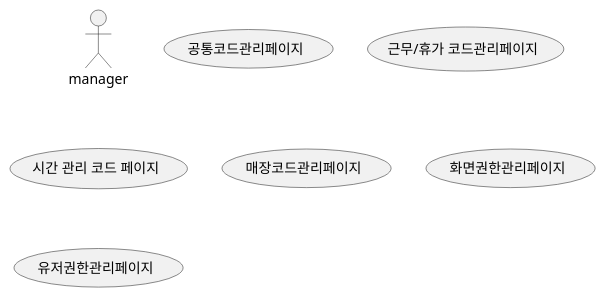
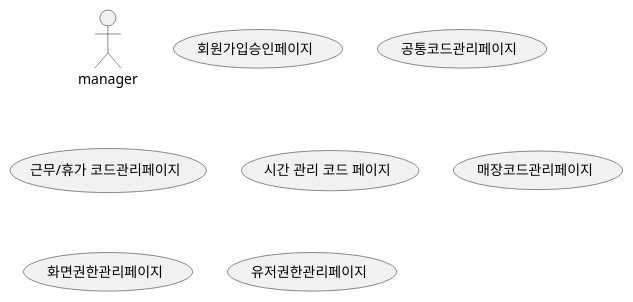
The diagram in uml/manageSystem.md (sejuntgbest/roaster), drawn with PlantUML before and after one commit.

Commit message:
회원가입승인페이지 ++

````diff
--- a/uml/manageSystem.md
+++ b/uml/manageSystem.md
@@ -3,21 +3,23 @@
 ```plantuml
 
 @startuml
 
 actor manager
+
+(회원가입승인페이지)
 
 (공통코드관리페이지)
 
 (근무/휴가 코드관리페이지)
 
 (시간 관리 코드 페이지)
 
 (매장코드관리페이지)
 
 (화면권한관리페이지)
 
 (유저권한관리페이지)
 
 @enduml
 
 ```
````
